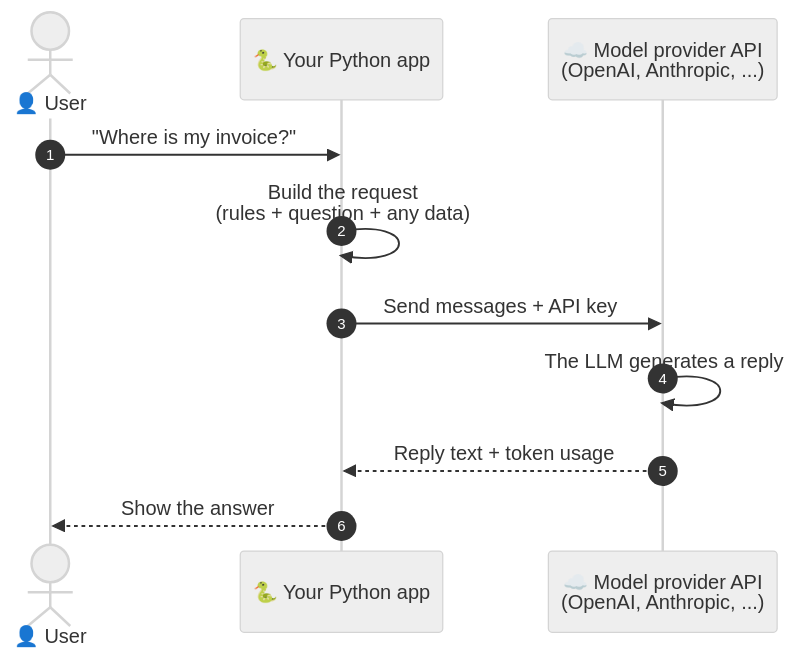
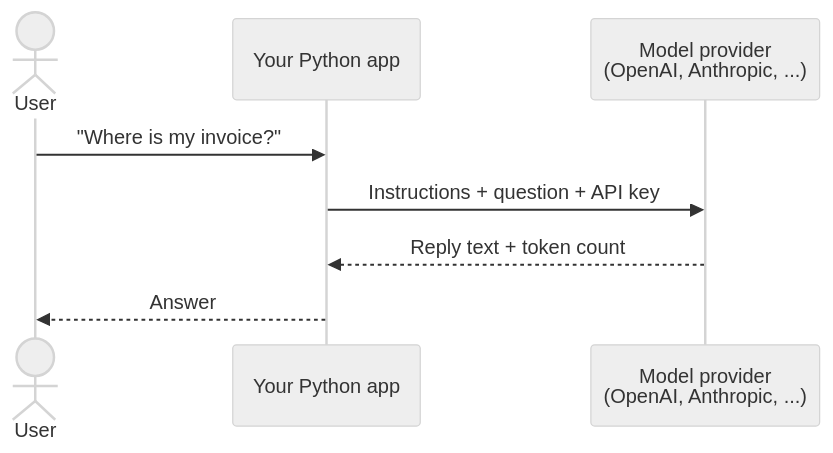
The first of 7 diagrams in notes/module-0.0.md (shivashankarhatkar/GraphSmith-), drawn with Mermaid (neutral theme) before and after one commit. The commit also changed other lines of this file, not shown here.

````diff
--- a/notes/module-0.0.md
+++ b/notes/module-0.0.md
@@ -46,13 +13,10 @@
 ```mermaid
 sequenceDiagram
-    autonumber
-    actor U as 👤 User
-    participant A as 🐍 Your Python app
-    participant P as ☁️ Model provider API<br/>(OpenAI, Anthropic, ...)
+    actor U as User
+    participant A as Your Python app
+    participant P as Model provider<br/>(OpenAI, Anthropic, ...)
     U->>A: "Where is my invoice?"
-    A->>A: Build the request<br/>(rules + question + any data)
-    A->>P: Send messages + API key
-    P->>P: The LLM generates a reply
-    P-->>A: Reply text + token usage
-    A-->>U: Show the answer
+    A->>P: Instructions + question + API key
+    P-->>A: Reply text + token count
+    A-->>U: Answer
 ```
````
